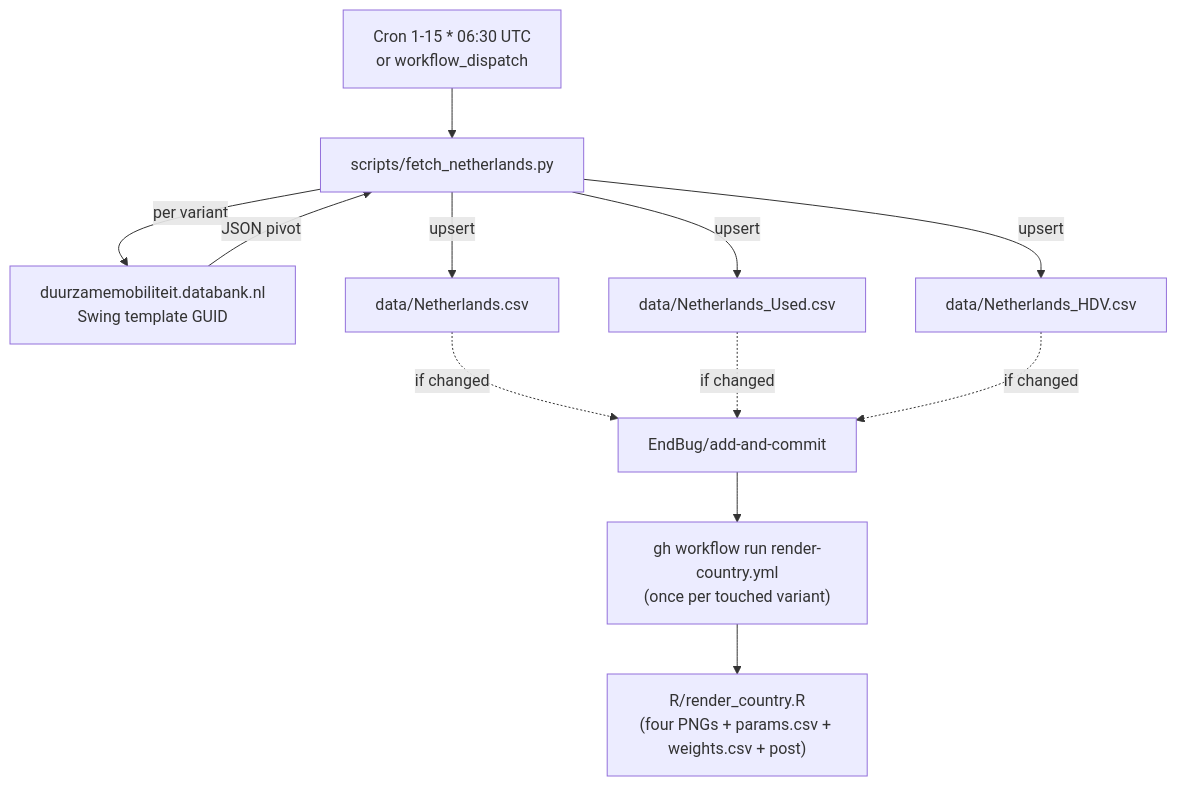
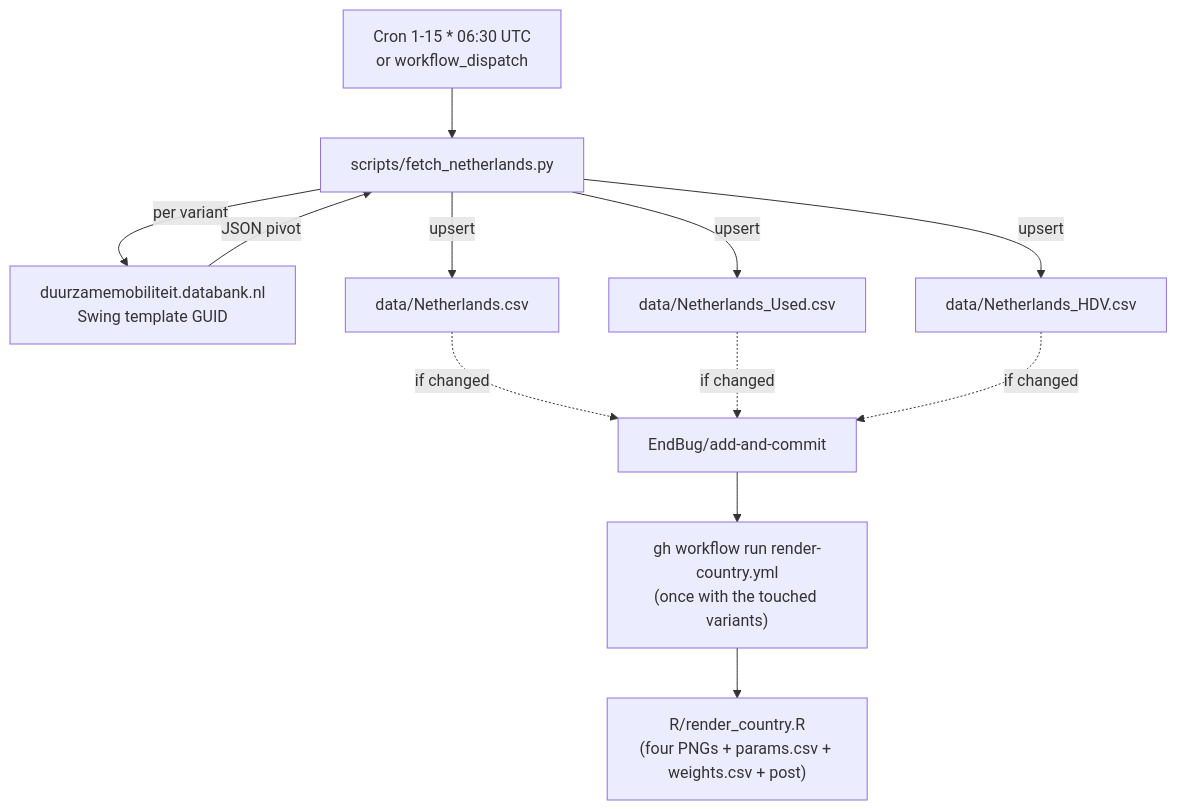
The diagram in docs/architecture/10-source-netherlands.md (LeRaffl/LeRaffl-Gallery), drawn with Mermaid before and after one commit. The commit also changed 26 other files, not shown here.

````diff
--- a/docs/architecture/10-source-netherlands.md
+++ b/docs/architecture/10-source-netherlands.md
@@ -315,15 +315,15 @@
 ```mermaid
 flowchart TD
     Cron["Cron 1-15 * 06:30 UTC<br/>or workflow_dispatch"]
     Cron --> Fetch["scripts/fetch_netherlands.py"]
     Fetch -->|"per variant"| Swing["duurzamemobiliteit.databank.nl<br/>Swing template GUID"]
     Swing -->|"JSON pivot"| Fetch
     Fetch -->|"upsert"| W["data/Netherlands.csv"]
     Fetch -->|"upsert"| U["data/Netherlands_Used.csv"]
     Fetch -->|"upsert"| H["data/Netherlands_HDV.csv"]
     W -.->|"if changed"| GA["EndBug/add-and-commit"]
     U -.->|"if changed"| GA
     H -.->|"if changed"| GA
-    GA --> Dispatch["gh workflow run render-country.yml<br/>(once per touched variant)"]
+    GA --> Dispatch["gh workflow run render-country.yml<br/>(once with the touched variants)"]
     Dispatch --> Render["R/render_country.R<br/>(four PNGs + params.csv + weights.csv + post)"]
 ```
````
